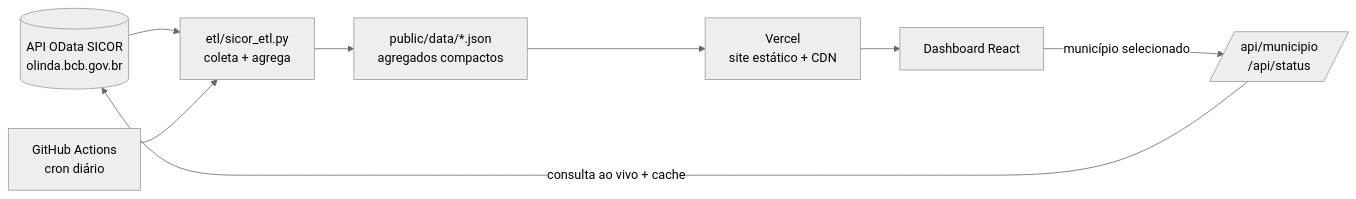
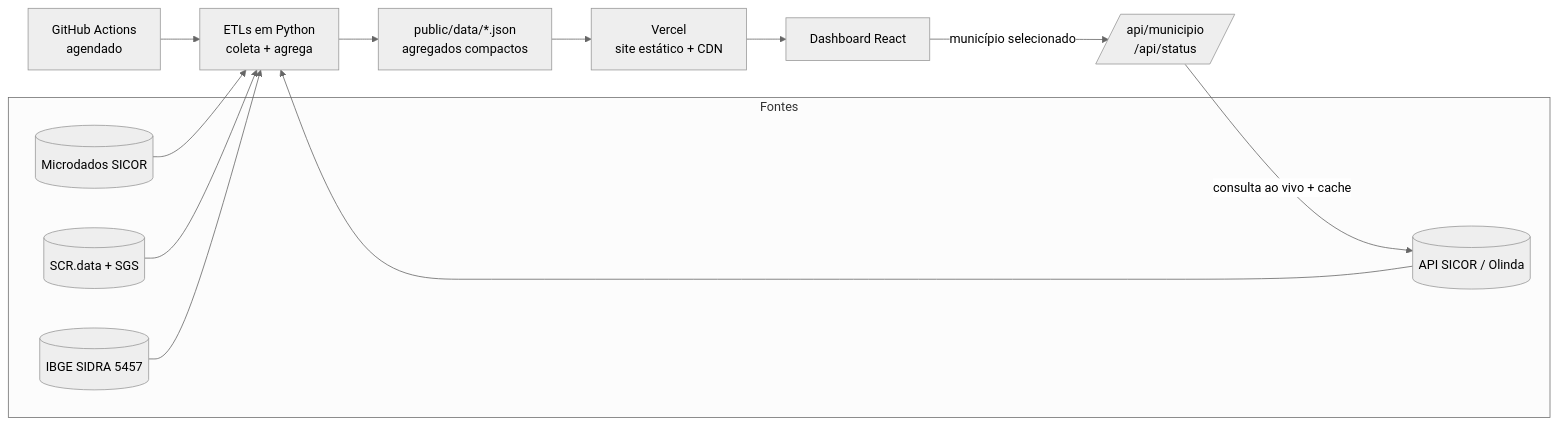
Before and after one commit to Benfluc/painel-credito-rural: the diagram in README_pt.md, drawn with Mermaid (neutral theme). The commit also changed other lines of this file and 7 other files, not shown here.

````diff
--- a/README_pt.md
+++ b/README_pt.md
@@ -87,14 +108,19 @@
 ```mermaid
 flowchart LR
-  BCB[(API OData SICOR\nolinda.bcb.gov.br)]
-  GA[GitHub Actions\ncron diário]
-  ETL[etl/sicor_etl.py\ncoleta + agrega]
+  subgraph Fontes
+    MD[(Microdados SICOR)]
+    API[(API SICOR / Olinda)]
+    SCR[(SCR.data + SGS)]
+    PAM[(IBGE SIDRA 5457)]
+  end
+  GA[GitHub Actions\nagendado]
+  ETL[ETLs em Python\ncoleta + agrega]
   JSON[public/data/*.json\nagregados compactos]
   VC[Vercel\nsite estático + CDN]
   FN[/api/municipio\n/api/status/]
   UI[Dashboard React]
 
-  BCB --> ETL
+  MD & API & SCR & PAM --> ETL
   GA --> ETL --> JSON --> VC --> UI
-  UI -- município selecionado --> FN -- consulta ao vivo + cache --> BCB
+  UI -- município selecionado --> FN -- consulta ao vivo + cache --> API
 ```
````
